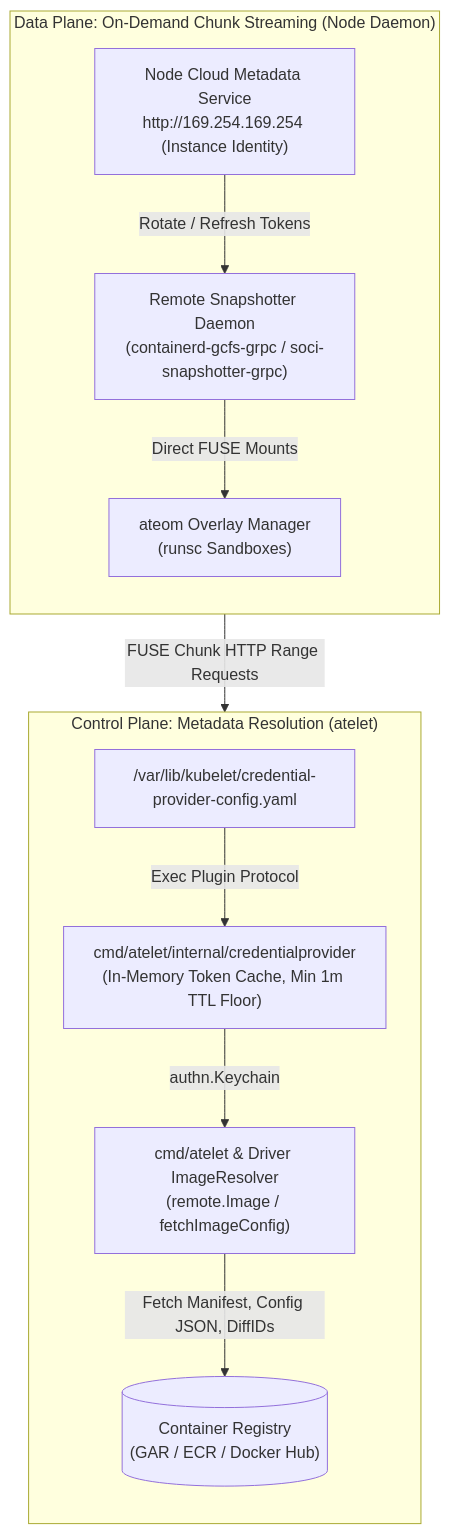
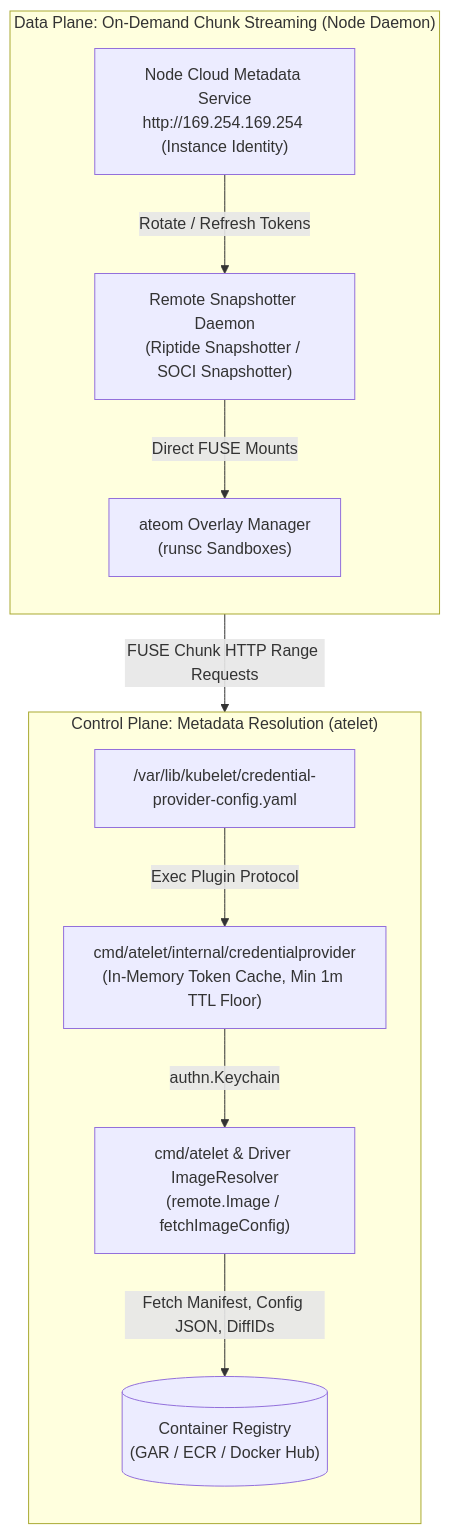
One commit to agent-substrate/substrate changed the second of 2 diagrams in docs/image-streaming-api-design.md. Above: the diagram before and after it, drawn with Mermaid. The commit also changed other lines of this file, not shown here.

First line of the commit message:
docs: clarify riptide snapshotter scope and imagepullsecrets fallback rule

````diff
--- a/docs/image-streaming-api-design.md
+++ b/docs/image-streaming-api-design.md
@@ -340,16 +349,16 @@
 ```mermaid
 flowchart TD
     subgraph ControlPlane["Control Plane: Metadata Resolution (atelet)"]
         direction TB
         KubeletConfig["/var/lib/kubelet/credential-provider-config.yaml"] -->|Exec Plugin Protocol| CredProvider["cmd/atelet/internal/credentialprovider<br/>(In-Memory Token Cache, Min 1m TTL Floor)"]
         CredProvider -->|authn.Keychain| AteletResolver["cmd/atelet & Driver ImageResolver<br/>(remote.Image / fetchImageConfig)"]
         AteletResolver -->|Fetch Manifest, Config JSON, DiffIDs| Registry[("Container Registry<br/>(GAR / ECR / Docker Hub)")]
     end
 
     subgraph DataPlane["Data Plane: On-Demand Chunk Streaming (Node Daemon)"]
         direction TB
-        NodeIAM["Node Cloud Metadata Service<br/>http://169.254.169.254 (Instance Identity)"] -->|Rotate / Refresh Tokens| StreamingDaemon["Remote Snapshotter Daemon<br/>(containerd-gcfs-grpc / soci-snapshotter-grpc)"]
+        NodeIAM["Node Cloud Metadata Service<br/>http://169.254.169.254 (Instance Identity)"] -->|Rotate / Refresh Tokens| StreamingDaemon["Remote Snapshotter Daemon<br/>(Riptide Snapshotter / SOCI Snapshotter)"]
         StreamingDaemon -->|FUSE Chunk HTTP Range Requests| Registry
         StreamingDaemon -->|Direct FUSE Mounts| Ateom["ateom Overlay Manager<br/>(runsc Sandboxes)"]
     end
 ```
````
